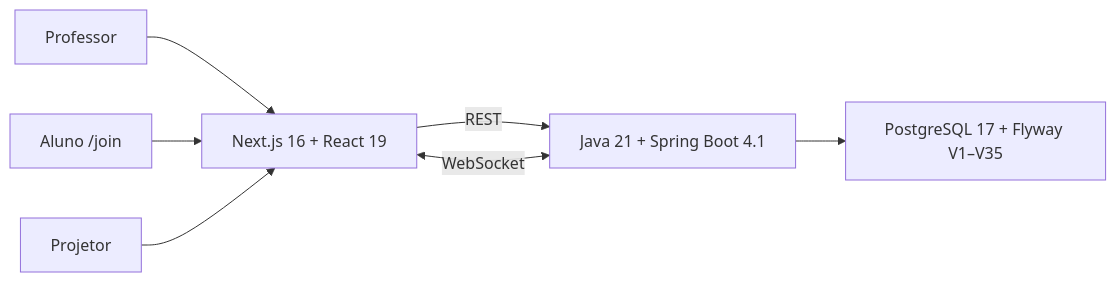
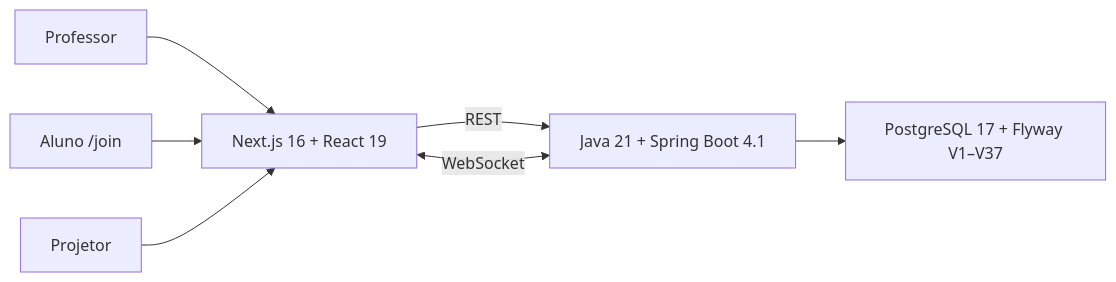
The diagram in README.md (wesscosta/arena-dev), drawn with Mermaid before and after one commit. The commit also changed other lines of this file and 175 other files, not shown here.

First line of the commit message:
chore(v0.8): consolidate architecture stabilization work (#27)

````diff
--- a/README.md
+++ b/README.md
@@ -113,9 +114,9 @@
 ```mermaid
 flowchart LR
     T["Professor"] --> F["Next.js 16 + React 19"]
     S["Aluno /join"] --> F
     P["Projetor"] --> F
     F -->|"REST"| B["Java 21 + Spring Boot 4.1"]
     F <-->|"WebSocket"| B
-    B --> D["PostgreSQL 17 + Flyway V1–V35"]
+    B --> D["PostgreSQL 17 + Flyway V1–V37"]
 ```
````
